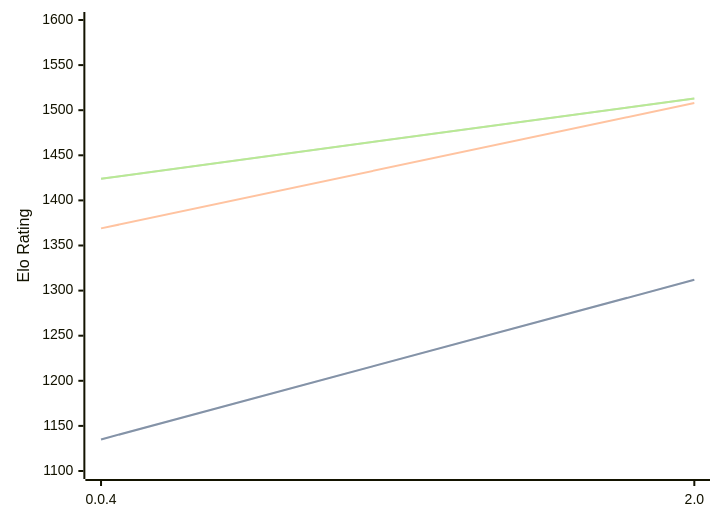
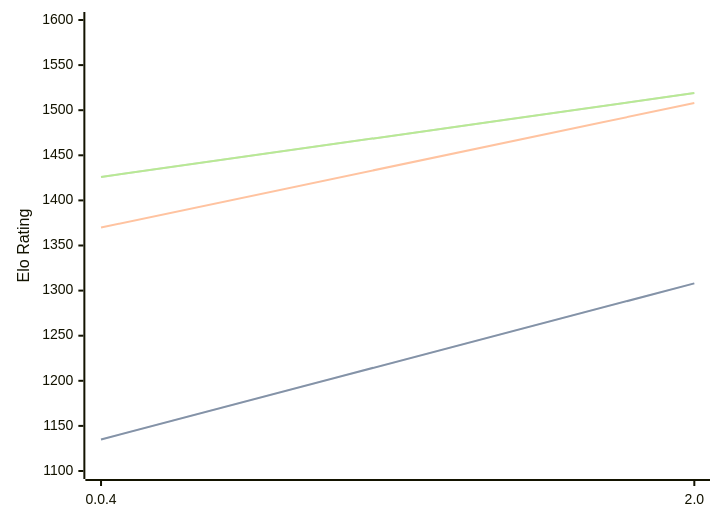
The diagram in engines/Oops!Mate.md (computer-chess-index/cci), drawn with Mermaid before and after one commit. The commit also changed other lines of this file, not shown here.

Commit message:
Update CCI Ratings (ELO VLTC) - 2026-02-21

````diff
--- a/engines/Oops!Mate.md
+++ b/engines/Oops!Mate.md
@@ -48,11 +48,11 @@
 ```mermaid
 %%{init: {"theme":"base","themeVariables":{"seriesColors:['#a3a3a3','#222221','#faa371']}}}%%
 xychart-beta
   x-axis ["0.0.4", "2.0"]
   y-axis "Elo Rating" 1100 --> 1600
-  line "STC (8.0+0.08s)" [1135, 1312]
-  line "STC (8.0+0.08s)" [1135, 1312]
-  line "LTC (60.0+0.60s)" [1369, 1508]
-  line "VLTC (2m24s+1.12s)" [1424, 1513]
-  line "VLTC (2m24s+1.12s)" [1424, 1513]
+  line "STC (8.0+0.08s)" [1135, 1308]
+  line "STC (8.0+0.08s)" [1135, 1308]
+  line "LTC (60.0+0.60s)" [1370, 1508]
+  line "VLTC (2m24s+1.12s)" [1426, 1519]
+  line "VLTC (2m24s+1.12s)" [1426, 1519]
 ```
````
